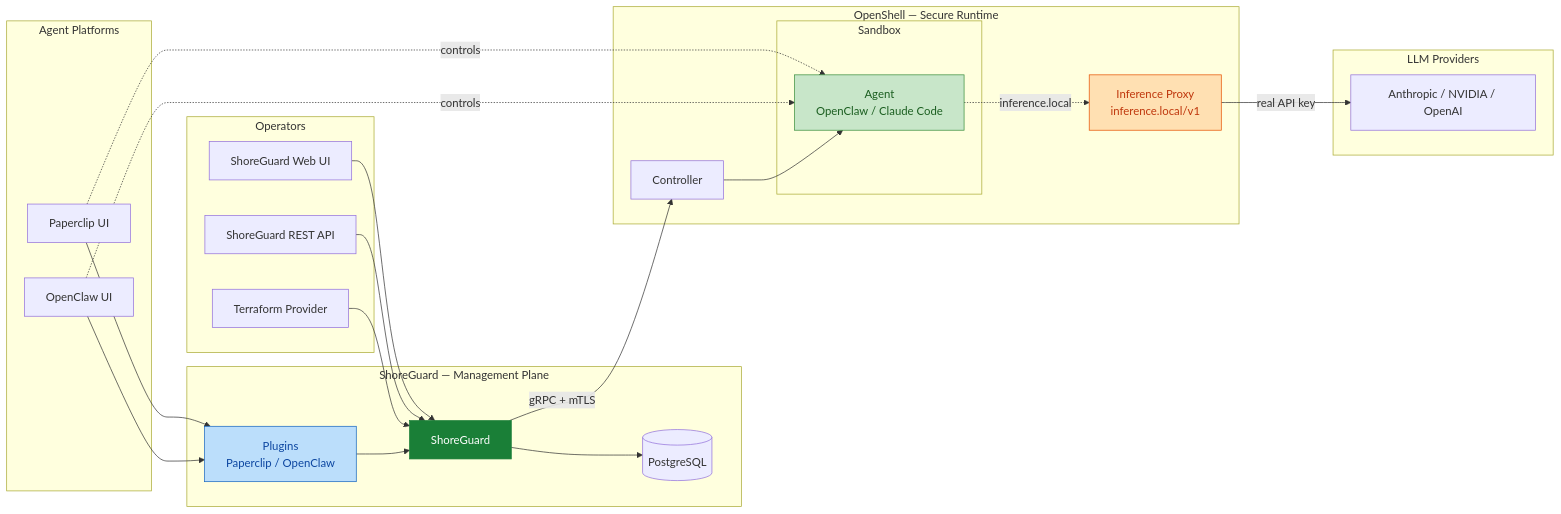
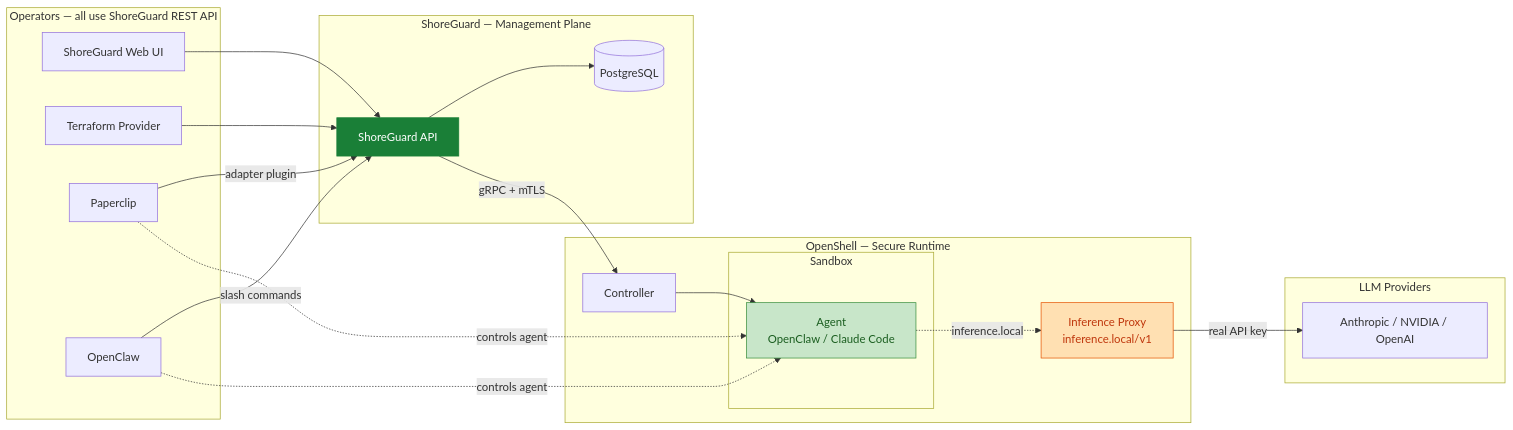
One commit to FloHofstetter/shoreguard changed the diagram in README.md. Above: the diagram before and after it, drawn with Mermaid. The commit also changed other lines of this file, not shown here.

Commit message:
docs: unify operators in architecture diagram
Paperclip and OpenClaw are operators like Web UI and Terraform —
all use the same ShoreGuard REST API. Show them in one group with
their integration mechanism (adapter plugin, slash commands).

````diff
--- a/README.md
+++ b/README.md
@@ -17,52 +17,44 @@
 ```mermaid
 graph LR
-    subgraph "Operators"
+    subgraph "Operators — all use ShoreGuard REST API"
         UI["ShoreGuard Web UI"]
-        API["ShoreGuard REST API"]
         TF["Terraform Provider"]
-    end
-
-    subgraph "Agent Platforms"
-        PC["Paperclip UI"]
-        OC["OpenClaw UI"]
+        PC["Paperclip"]
+        OC["OpenClaw"]
     end
 
     subgraph "ShoreGuard — Management Plane"
-        SG["ShoreGuard"]
+        SG["ShoreGuard API"]
         DB[("PostgreSQL")]
-        Plugin["Plugins<br/>Paperclip / OpenClaw"]
     end
 
     subgraph "OpenShell — Secure Runtime"
         OS["Controller"]
 
         subgraph "Sandbox"
             Agent["Agent<br/>OpenClaw / Claude Code"]
         end
 
         Proxy["Inference Proxy<br/>inference.local/v1"]
     end
 
     subgraph "LLM Providers"
         LLM["Anthropic / NVIDIA / OpenAI"]
     end
 
     UI --> SG
-    API --> SG
     TF --> SG
-    PC --> Plugin
-    OC --> Plugin
-    Plugin --> SG
-    PC -.->|"controls"| Agent
-    OC -.->|"controls"| Agent
+    PC -->|"adapter plugin"| SG
+    OC -->|"slash commands"| SG
+    PC -.->|"controls agent"| Agent
+    OC -.->|"controls agent"| Agent
     SG --> DB
     SG -- "gRPC + mTLS" --> OS
     OS --> Agent
     Agent -. "inference.local" .-> Proxy
     Proxy -- "real API key" --> LLM
 
     style SG fill:#1a7f37,color:#fff,stroke:#1a7f37
     style Agent fill:#c8e6c9,stroke:#388e3c,color:#1b5e20
     style Proxy fill:#ffe0b2,stroke:#e65100,color:#bf360c
-    style Plugin fill:#bbdefb,stroke:#1565c0,color:#0d47a1
 ```
````
